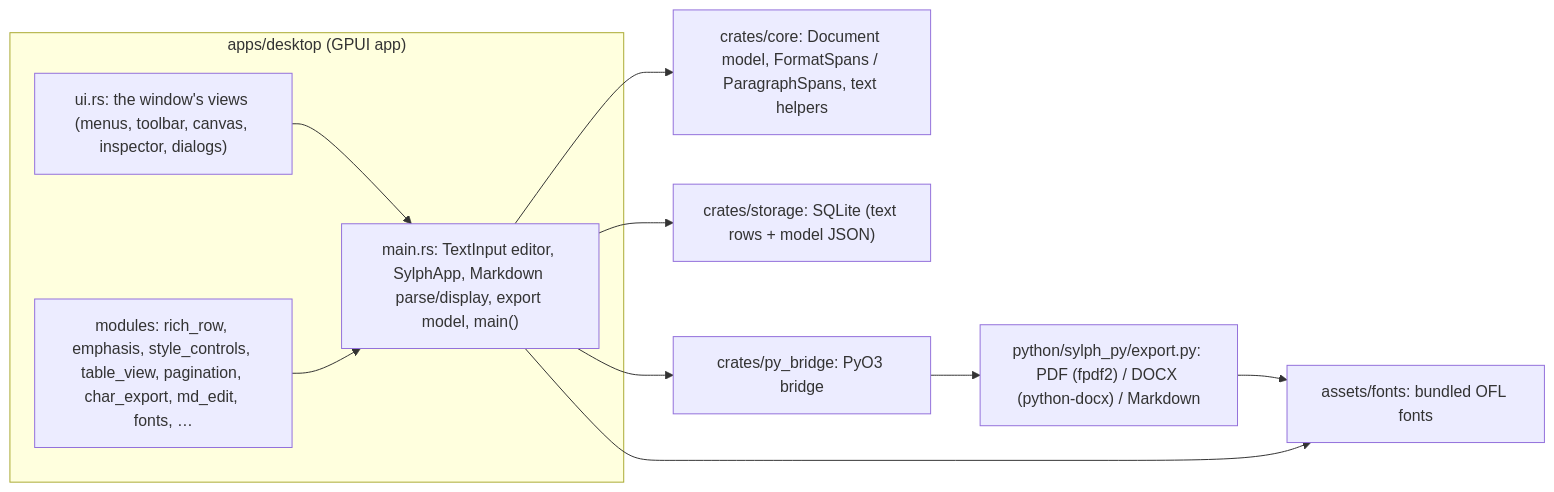
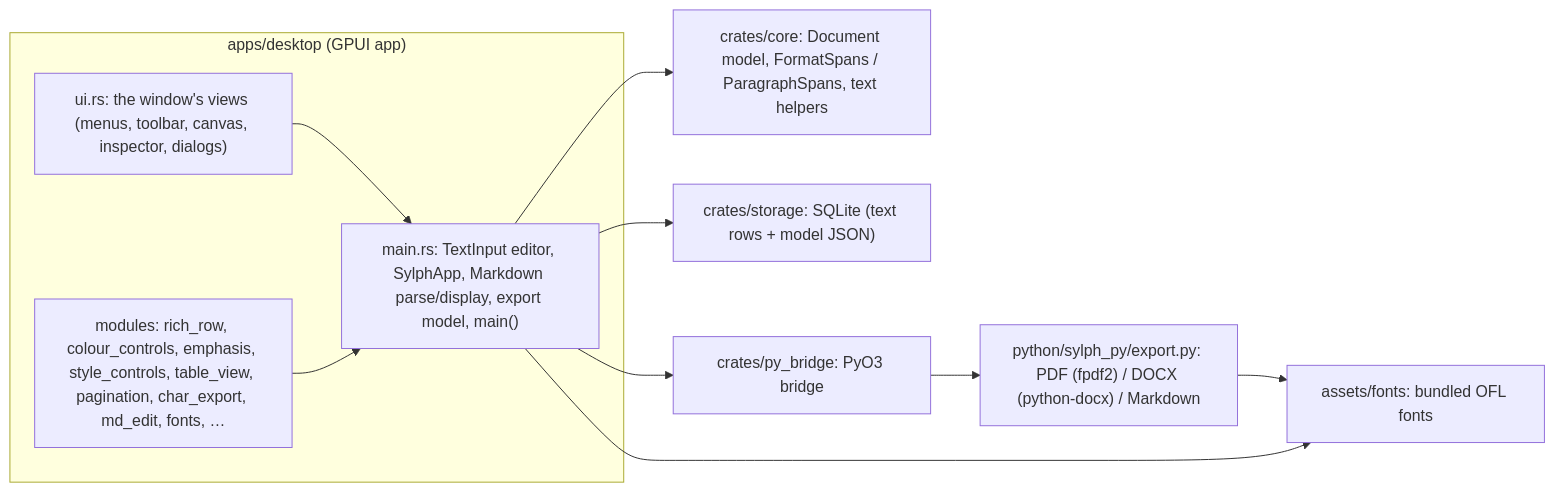
Before and after one commit to anmol-chhetri-G/Sylph: the diagram in docs/codebase-map.md, drawn with Mermaid. The commit also changed other lines of this file and 14 other files, not shown here.

````diff
--- a/docs/codebase-map.md
+++ b/docs/codebase-map.md
@@ -9,20 +9,20 @@
 ```mermaid
 flowchart LR
   subgraph desktop["apps/desktop (GPUI app)"]
     main["main.rs: TextInput editor, SylphApp, Markdown parse/display, export model, main()"]
     ui["ui.rs: the window's views (menus, toolbar, canvas, inspector, dialogs)"]
-    mods["modules: rich_row, emphasis, style_controls, table_view, pagination, char_export, md_edit, fonts, …"]
+    mods["modules: rich_row, colour_controls, emphasis, style_controls, table_view, pagination, char_export, md_edit, fonts, …"]
   end
   core["crates/core: Document model, FormatSpans / ParagraphSpans, text helpers"]
   storage["crates/storage: SQLite (text rows + model JSON)"]
   bridge["crates/py_bridge: PyO3 bridge"]
   py["python/sylph_py/export.py: PDF (fpdf2) / DOCX (python-docx) / Markdown"]
   fonts["assets/fonts: bundled OFL fonts"]
   main --> core
   main --> storage
   main --> bridge --> py
   ui --> main
   mods --> main
   py --> fonts
   main --> fonts
 ```
````
